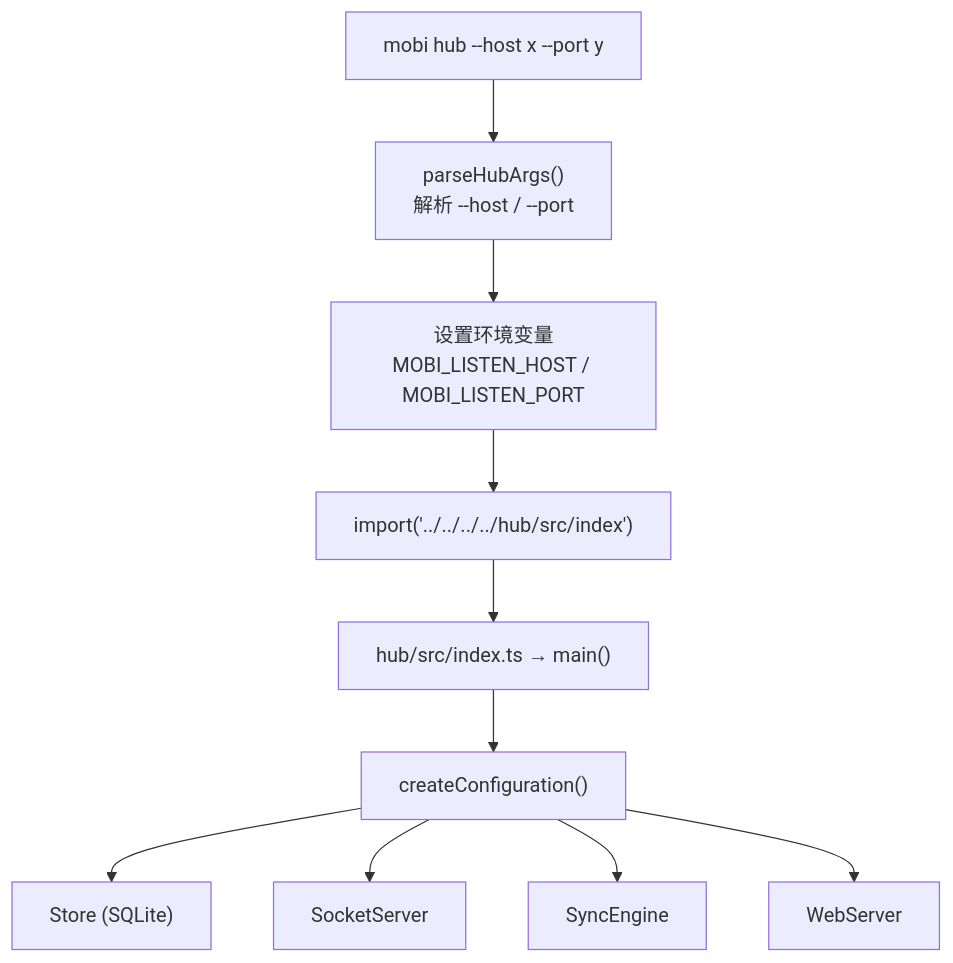
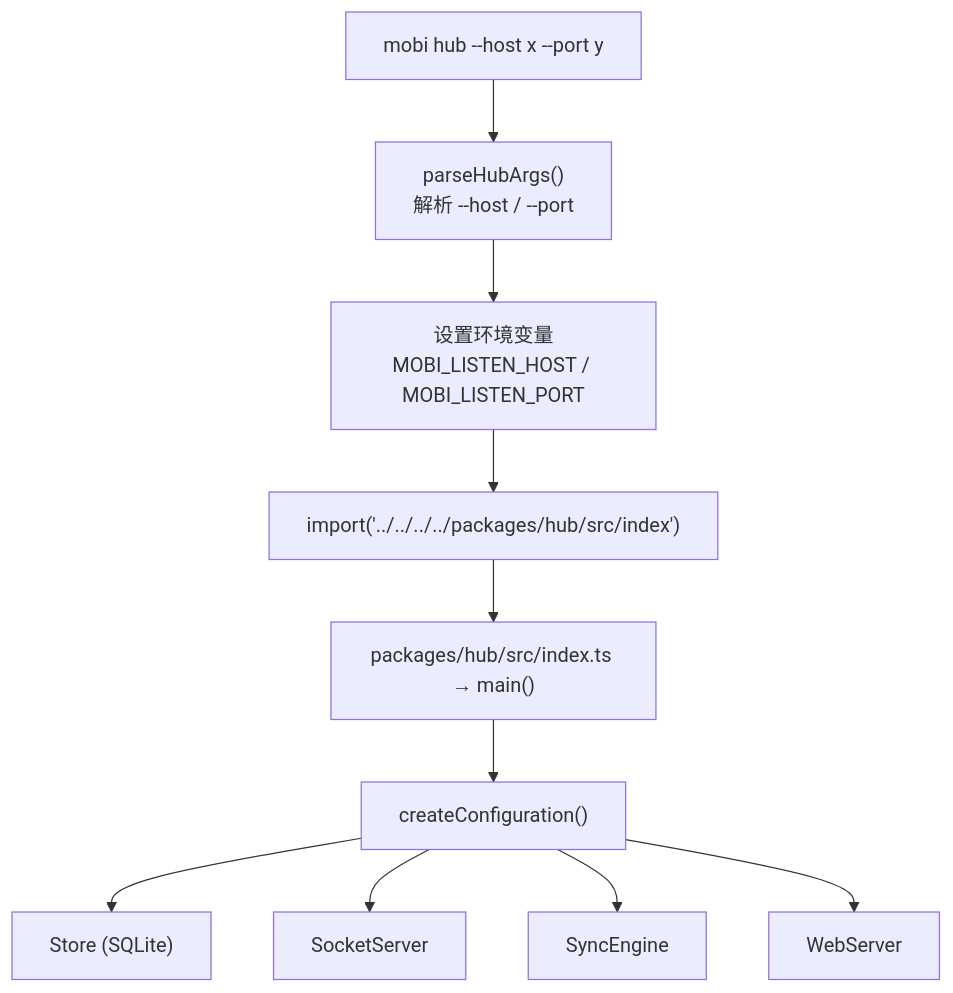
Before and after one commit to ModuBit/mobi: the first of 3 diagrams in docs/architecture/cli/commands/hub/README.md, drawn with Mermaid. The commit also changed other lines of this file and 477 other files, not shown here.

````diff
--- a/docs/architecture/cli/commands/hub/README.md
+++ b/docs/architecture/cli/commands/hub/README.md
@@ -9,12 +9,12 @@
 ```mermaid
 flowchart TB
     Start["mobi hub --host x --port y"] --> Parse["parseHubArgs()<br/>解析 --host / --port"]
     Parse --> Env["设置环境变量<br/>MOBI_LISTEN_HOST / MOBI_LISTEN_PORT"]
-    Env --> Import["import('../../../../hub/src/index')"]
-    Import --> HubMain["hub/src/index.ts → main()"]
+    Env --> Import["import('../../../../packages/hub/src/index')"]
+    Import --> HubMain["packages/hub/src/index.ts → main()"]
     HubMain --> Config["createConfiguration()"]
     Config --> Store["Store (SQLite)"]
     Config --> SocketServer["SocketServer"]
     Config --> SyncEngine["SyncEngine"]
     Config --> WebServer["WebServer"]
 ```
````
